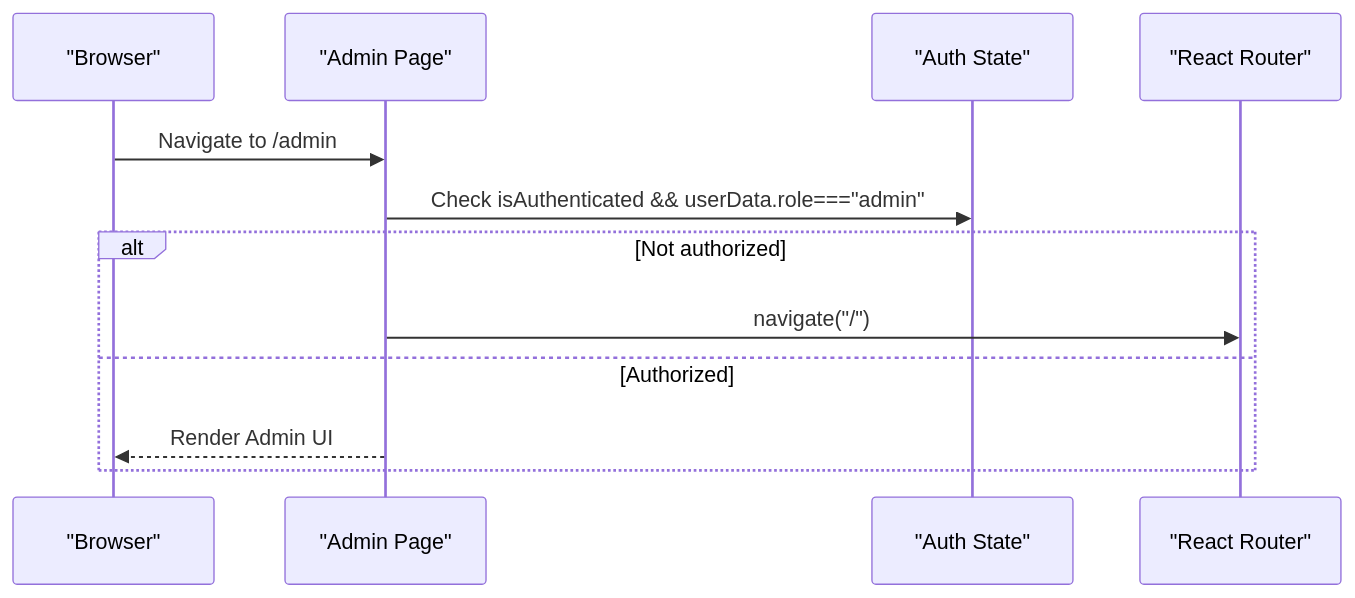
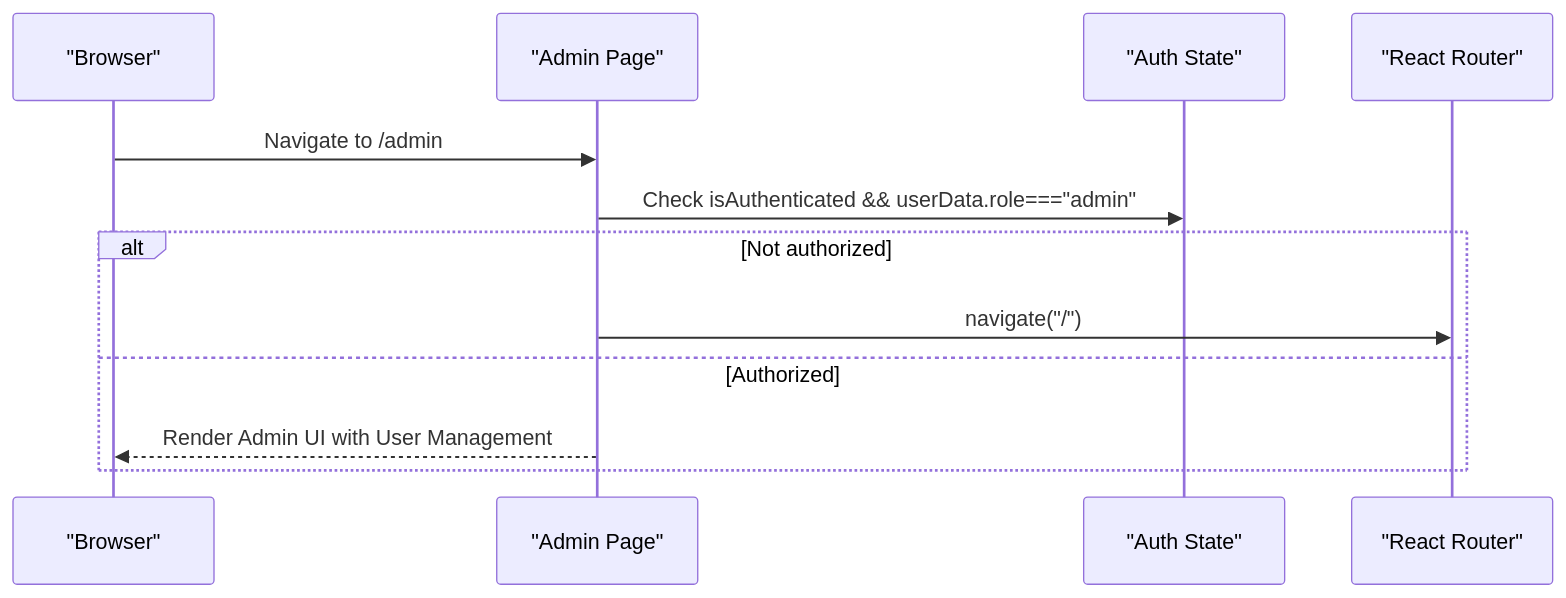
Before and after one commit to Aryan9060/Timetable-Project: the sixth of 10 diagrams in .qoder/repowiki/en/content/Master Data Management/Master Data Management.md, drawn with Mermaid. The commit also changed other lines of this file and 8 other files, not shown here.

````diff
--- a/.qoder/repowiki/en/content/Master Data Management/Master Data Management.md
+++ b/.qoder/repowiki/en/content/Master Data Management/Master Data Management.md
@@ -229,14 +248,14 @@
 ```mermaid
 sequenceDiagram
 participant Browser as "Browser"
 participant Admin as "Admin Page"
 participant Auth as "Auth State"
 participant Routes as "React Router"
 Browser->>Admin : Navigate to /admin
 Admin->>Auth : Check isAuthenticated && userData.role==="admin"
 alt Not authorized
 Admin->>Routes : navigate("/")
 else Authorized
-Admin-->>Browser : Render Admin UI
+Admin-->>Browser : Render Admin UI with User Management
 end
 ```
````
